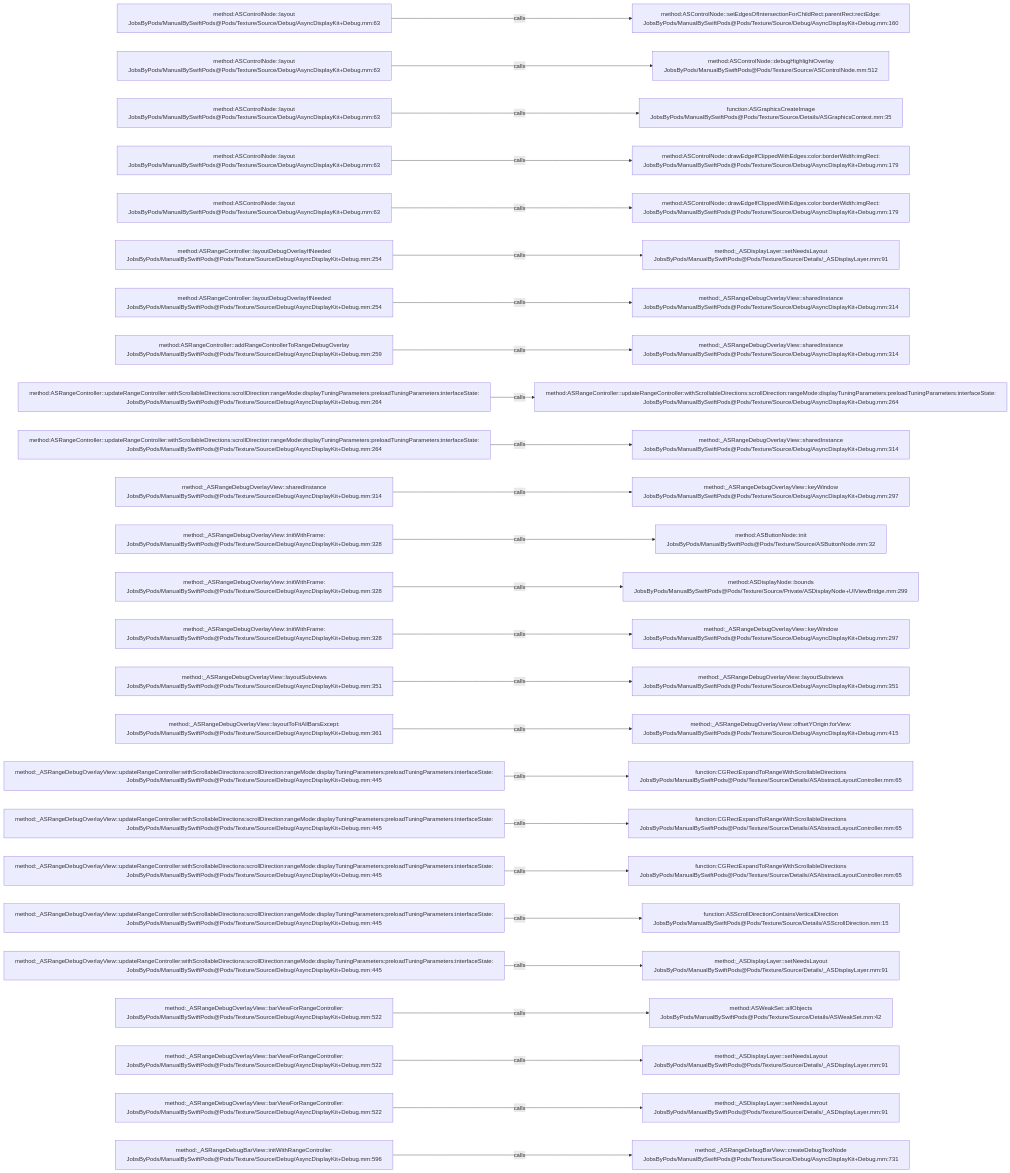
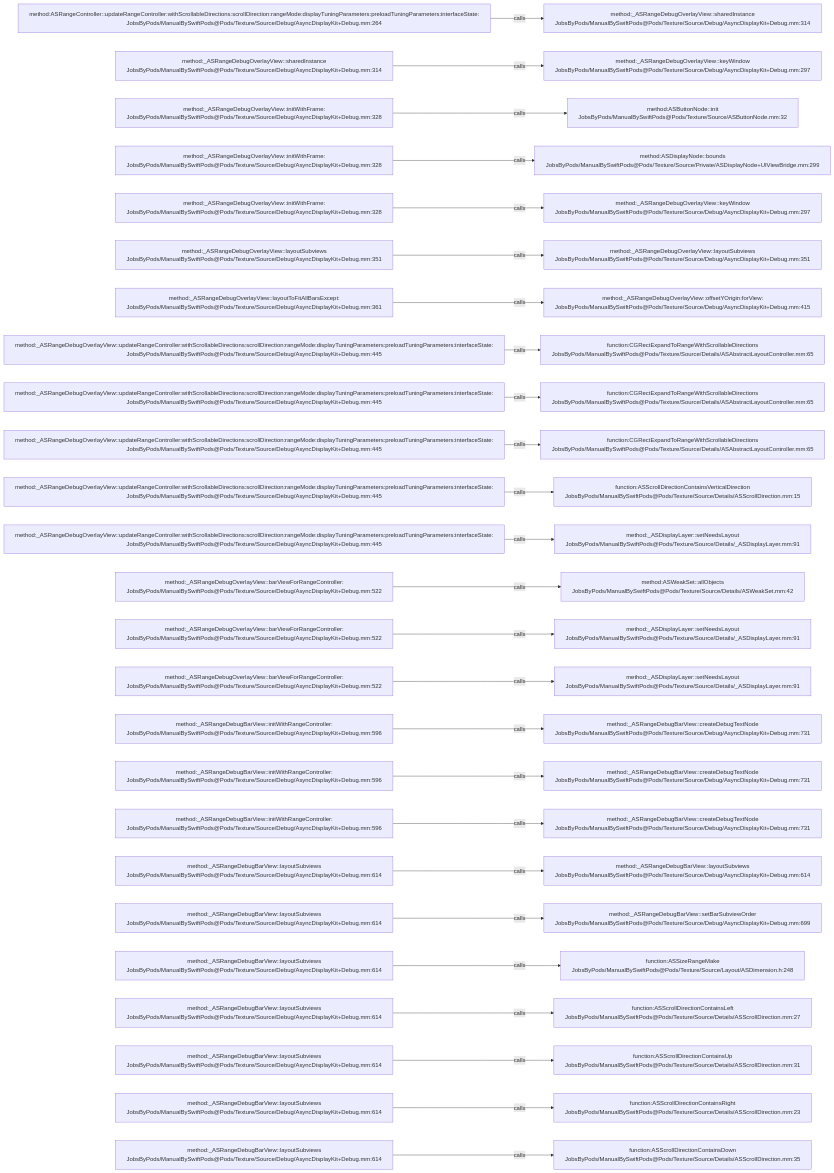
The diagram in .codegraph/codegraph.md/graphs/calls-080.md (JobsKits/JobsSwiftBaseConfigDemo), drawn with Mermaid before and after one commit. The commit also changed 707 other files, not shown here.

````diff
--- a/.codegraph/codegraph.md/graphs/calls-080.md
+++ b/.codegraph/codegraph.md/graphs/calls-080.md
@@ -13,78 +13,78 @@
 ```mermaid
 flowchart LR
-  S1["method:ASControlNode::layout<br/>JobsByPods/ManualBySwiftPods@Pods/Texture/Source/Debug/AsyncDisplayKit+Debug.mm:63"]
-  T1["method:ASControlNode::setEdgesOfIntersectionForChildRect:parentRect:rectEdge:<br/>JobsByPods/ManualBySwiftPods@Pods/Texture/Source/Debug/AsyncDisplayKit+Debug.mm:160"]
+  S1["method:ASRangeController::updateRangeController:withScrollableDirections:scrollDirection:rangeMode:displayTuningParameters:preloadTuningParameters:interfaceState:<br/>JobsByPods/ManualBySwiftPods@Pods/Texture/Source/Debug/AsyncDisplayKit+Debug.mm:264"]
+  T1["method:_ASRangeDebugOverlayView::sharedInstance<br/>JobsByPods/ManualBySwiftPods@Pods/Texture/Source/Debug/AsyncDisplayKit+Debug.mm:314"]
   S1 -->|calls| T1
-  S2["method:ASControlNode::layout<br/>JobsByPods/ManualBySwiftPods@Pods/Texture/Source/Debug/AsyncDisplayKit+Debug.mm:63"]
-  T2["method:ASControlNode::debugHighlightOverlay<br/>JobsByPods/ManualBySwiftPods@Pods/Texture/Source/ASControlNode.mm:512"]
+  S2["method:_ASRangeDebugOverlayView::sharedInstance<br/>JobsByPods/ManualBySwiftPods@Pods/Texture/Source/Debug/AsyncDisplayKit+Debug.mm:314"]
+  T2["method:_ASRangeDebugOverlayView::keyWindow<br/>JobsByPods/ManualBySwiftPods@Pods/Texture/Source/Debug/AsyncDisplayKit+Debug.mm:297"]
   S2 -->|calls| T2
-  S3["method:ASControlNode::layout<br/>JobsByPods/ManualBySwiftPods@Pods/Texture/Source/Debug/AsyncDisplayKit+Debug.mm:63"]
-  T3["function:ASGraphicsCreateImage<br/>JobsByPods/ManualBySwiftPods@Pods/Texture/Source/Details/ASGraphicsContext.mm:35"]
+  S3["method:_ASRangeDebugOverlayView::initWithFrame:<br/>JobsByPods/ManualBySwiftPods@Pods/Texture/Source/Debug/AsyncDisplayKit+Debug.mm:328"]
+  T3["method:ASButtonNode::init<br/>JobsByPods/ManualBySwiftPods@Pods/Texture/Source/ASButtonNode.mm:32"]
   S3 -->|calls| T3
-  S4["method:ASControlNode::layout<br/>JobsByPods/ManualBySwiftPods@Pods/Texture/Source/Debug/AsyncDisplayKit+Debug.mm:63"]
-  T4["method:ASControlNode::drawEdgeIfClippedWithEdges:color:borderWidth:imgRect:<br/>JobsByPods/ManualBySwiftPods@Pods/Texture/Source/Debug/AsyncDisplayKit+Debug.mm:179"]
+  S4["method:_ASRangeDebugOverlayView::initWithFrame:<br/>JobsByPods/ManualBySwiftPods@Pods/Texture/Source/Debug/AsyncDisplayKit+Debug.mm:328"]
+  T4["method:ASDisplayNode::bounds<br/>JobsByPods/ManualBySwiftPods@Pods/Texture/Source/Private/ASDisplayNode+UIViewBridge.mm:299"]
   S4 -->|calls| T4
-  S5["method:ASControlNode::layout<br/>JobsByPods/ManualBySwiftPods@Pods/Texture/Source/Debug/AsyncDisplayKit+Debug.mm:63"]
-  T5["method:ASControlNode::drawEdgeIfClippedWithEdges:color:borderWidth:imgRect:<br/>JobsByPods/ManualBySwiftPods@Pods/Texture/Source/Debug/AsyncDisplayKit+Debug.mm:179"]
+  S5["method:_ASRangeDebugOverlayView::initWithFrame:<br/>JobsByPods/ManualBySwiftPods@Pods/Texture/Source/Debug/AsyncDisplayKit+Debug.mm:328"]
+  T5["method:_ASRangeDebugOverlayView::keyWindow<br/>JobsByPods/ManualBySwiftPods@Pods/Texture/Source/Debug/AsyncDisplayKit+Debug.mm:297"]
   S5 -->|calls| T5
-  S6["method:ASRangeController::layoutDebugOverlayIfNeeded<br/>JobsByPods/ManualBySwiftPods@Pods/Texture/Source/Debug/AsyncDisplayKit+Debug.mm:254"]
-  T6["method:_ASDisplayLayer::setNeedsLayout<br/>JobsByPods/ManualBySwiftPods@Pods/Texture/Source/Details/_ASDisplayLayer.mm:91"]
+  S6["method:_ASRangeDebugOverlayView::layoutSubviews<br/>JobsByPods/ManualBySwiftPods@Pods/Texture/Source/Debug/AsyncDisplayKit+Debug.mm:351"]
+  T6["method:_ASRangeDebugOverlayView::layoutSubviews<br/>JobsByPods/ManualBySwiftPods@Pods/Texture/Source/Debug/AsyncDisplayKit+Debug.mm:351"]
   S6 -->|calls| T6
-  S7["method:ASRangeController::layoutDebugOverlayIfNeeded<br/>JobsByPods/ManualBySwiftPods@Pods/Texture/Source/Debug/AsyncDisplayKit+Debug.mm:254"]
-  T7["method:_ASRangeDebugOverlayView::sharedInstance<br/>JobsByPods/ManualBySwiftPods@Pods/Texture/Source/Debug/AsyncDisplayKit+Debug.mm:314"]
+  S7["method:_ASRangeDebugOverlayView::layoutToFitAllBarsExcept:<br/>JobsByPods/ManualBySwiftPods@Pods/Texture/Source/Debug/AsyncDisplayKit+Debug.mm:361"]
+  T7["method:_ASRangeDebugOverlayView::offsetYOrigin:forView:<br/>JobsByPods/ManualBySwiftPods@Pods/Texture/Source/Debug/AsyncDisplayKit+Debug.mm:415"]
   S7 -->|calls| T7
-  S8["method:ASRangeController::addRangeControllerToRangeDebugOverlay<br/>JobsByPods/ManualBySwiftPods@Pods/Texture/Source/Debug/AsyncDisplayKit+Debug.mm:259"]
-  T8["method:_ASRangeDebugOverlayView::sharedInstance<br/>JobsByPods/ManualBySwiftPods@Pods/Texture/Source/Debug/AsyncDisplayKit+Debug.mm:314"]
+  S8["method:_ASRangeDebugOverlayView::updateRangeController:withScrollableDirections:scrollDirection:rangeMode:displayTuningParameters:preloadTuningParameters:interfaceState:<br/>JobsByPods/ManualBySwiftPods@Pods/Texture/Source/Debug/AsyncDisplayKit+Debug.mm:445"]
+  T8["function:CGRectExpandToRangeWithScrollableDirections<br/>JobsByPods/ManualBySwiftPods@Pods/Texture/Source/Details/ASAbstractLayoutController.mm:65"]
   S8 -->|calls| T8
-  S9["method:ASRangeController::updateRangeController:withScrollableDirections:scrollDirection:rangeMode:displayTuningParameters:preloadTuningParameters:interfaceState:<br/>JobsByPods/ManualBySwiftPods@Pods/Texture/Source/Debug/AsyncDisplayKit+Debug.mm:264"]
-  T9["method:ASRangeController::updateRangeController:withScrollableDirections:scrollDirection:rangeMode:displayTuningParameters:preloadTuningParameters:interfaceState:<br/>JobsByPods/ManualBySwiftPods@Pods/Texture/Source/Debug/AsyncDisplayKit+Debug.mm:264"]
+  S9["method:_ASRangeDebugOverlayView::updateRangeController:withScrollableDirections:scrollDirection:rangeMode:displayTuningParameters:preloadTuningParameters:interfaceState:<br/>JobsByPods/ManualBySwiftPods@Pods/Texture/Source/Debug/AsyncDisplayKit+Debug.mm:445"]
+  T9["function:CGRectExpandToRangeWithScrollableDirections<br/>JobsByPods/ManualBySwiftPods@Pods/Texture/Source/Details/ASAbstractLayoutController.mm:65"]
   S9 -->|calls| T9
-  S10["method:ASRangeController::updateRangeController:withScrollableDirections:scrollDirection:rangeMode:displayTuningParameters:preloadTuningParameters:interfaceState:<br/>JobsByPods/ManualBySwiftPods@Pods/Texture/Source/Debug/AsyncDisplayKit+Debug.mm:264"]
-  T10["method:_ASRangeDebugOverlayView::sharedInstance<br/>JobsByPods/ManualBySwiftPods@Pods/Texture/Source/Debug/AsyncDisplayKit+Debug.mm:314"]
+  S10["method:_ASRangeDebugOverlayView::updateRangeController:withScrollableDirections:scrollDirection:rangeMode:displayTuningParameters:preloadTuningParameters:interfaceState:<br/>JobsByPods/ManualBySwiftPods@Pods/Texture/Source/Debug/AsyncDisplayKit+Debug.mm:445"]
+  T10["function:CGRectExpandToRangeWithScrollableDirections<br/>JobsByPods/ManualBySwiftPods@Pods/Texture/Source/Details/ASAbstractLayoutController.mm:65"]
   S10 -->|calls| T10
-  S11["method:_ASRangeDebugOverlayView::sharedInstance<br/>JobsByPods/ManualBySwiftPods@Pods/Texture/Source/Debug/AsyncDisplayKit+Debug.mm:314"]
-  T11["method:_ASRangeDebugOverlayView::keyWindow<br/>JobsByPods/ManualBySwiftPods@Pods/Texture/Source/Debug/AsyncDisplayKit+Debug.mm:297"]
+  S11["method:_ASRangeDebugOverlayView::updateRangeController:withScrollableDirections:scrollDirection:rangeMode:displayTuningParameters:preloadTuningParameters:interfaceState:<br/>JobsByPods/ManualBySwiftPods@Pods/Texture/Source/Debug/AsyncDisplayKit+Debug.mm:445"]
+  T11["function:ASScrollDirectionContainsVerticalDirection<br/>JobsByPods/ManualBySwiftPods@Pods/Texture/Source/Details/ASScrollDirection.mm:15"]
   S11 -->|calls| T11
-  S12["method:_ASRangeDebugOverlayView::initWithFrame:<br/>JobsByPods/ManualBySwiftPods@Pods/Texture/Source/Debug/AsyncDisplayKit+Debug.mm:328"]
-  T12["method:ASButtonNode::init<br/>JobsByPods/ManualBySwiftPods@Pods/Texture/Source/ASButtonNode.mm:32"]
+  S12["method:_ASRangeDebugOverlayView::updateRangeController:withScrollableDirections:scrollDirection:rangeMode:displayTuningParameters:preloadTuningParameters:interfaceState:<br/>JobsByPods/ManualBySwiftPods@Pods/Texture/Source/Debug/AsyncDisplayKit+Debug.mm:445"]
+  T12["method:_ASDisplayLayer::setNeedsLayout<br/>JobsByPods/ManualBySwiftPods@Pods/Texture/Source/Details/_ASDisplayLayer.mm:91"]
   S12 -->|calls| T12
-  S13["method:_ASRangeDebugOverlayView::initWithFrame:<br/>JobsByPods/ManualBySwiftPods@Pods/Texture/Source/Debug/AsyncDisplayKit+Debug.mm:328"]
-  T13["method:ASDisplayNode::bounds<br/>JobsByPods/ManualBySwiftPods@Pods/Texture/Source/Private/ASDisplayNode+UIViewBridge.mm:299"]
+  S13["method:_ASRangeDebugOverlayView::barViewForRangeController:<br/>JobsByPods/ManualBySwiftPods@Pods/Texture/Source/Debug/AsyncDisplayKit+Debug.mm:522"]
+  T13["method:ASWeakSet::allObjects<br/>JobsByPods/ManualBySwiftPods@Pods/Texture/Source/Details/ASWeakSet.mm:42"]
   S13 -->|calls| T13
-  S14["method:_ASRangeDebugOverlayView::initWithFrame:<br/>JobsByPods/ManualBySwiftPods@Pods/Texture/Source/Debug/AsyncDisplayKit+Debug.mm:328"]
-  T14["method:_ASRangeDebugOverlayView::keyWindow<br/>JobsByPods/ManualBySwiftPods@Pods/Texture/Source/Debug/AsyncDisplayKit+Debug.mm:297"]
+  S14["method:_ASRangeDebugOverlayView::barViewForRangeController:<br/>JobsByPods/ManualBySwiftPods@Pods/Texture/Source/Debug/AsyncDisplayKit+Debug.mm:522"]
+  T14["method:_ASDisplayLayer::setNeedsLayout<br/>JobsByPods/ManualBySwiftPods@Pods/Texture/Source/Details/_ASDisplayLayer.mm:91"]
   S14 -->|calls| T14
-  S15["method:_ASRangeDebugOverlayView::layoutSubviews<br/>JobsByPods/ManualBySwiftPods@Pods/Texture/Source/Debug/AsyncDisplayKit+Debug.mm:351"]
-  T15["method:_ASRangeDebugOverlayView::layoutSubviews<br/>JobsByPods/ManualBySwiftPods@Pods/Texture/Source/Debug/AsyncDisplayKit+Debug.mm:351"]
+  S15["method:_ASRangeDebugOverlayView::barViewForRangeController:<br/>JobsByPods/ManualBySwiftPods@Pods/Texture/Source/Debug/AsyncDisplayKit+Debug.mm:522"]
+  T15["method:_ASDisplayLayer::setNeedsLayout<br/>JobsByPods/ManualBySwiftPods@Pods/Texture/Source/Details/_ASDisplayLayer.mm:91"]
   S15 -->|calls| T15
-  S16["method:_ASRangeDebugOverlayView::layoutToFitAllBarsExcept:<br/>JobsByPods/ManualBySwiftPods@Pods/Texture/Source/Debug/AsyncDisplayKit+Debug.mm:361"]
-  T16["method:_ASRangeDebugOverlayView::offsetYOrigin:forView:<br/>JobsByPods/ManualBySwiftPods@Pods/Texture/Source/Debug/AsyncDisplayKit+Debug.mm:415"]
+  S16["method:_ASRangeDebugBarView::initWithRangeController:<br/>JobsByPods/ManualBySwiftPods@Pods/Texture/Source/Debug/AsyncDisplayKit+Debug.mm:596"]
+  T16["method:_ASRangeDebugBarView::createDebugTextNode<br/>JobsByPods/ManualBySwiftPods@Pods/Texture/Source/Debug/AsyncDisplayKit+Debug.mm:731"]
   S16 -->|calls| T16
-  S17["method:_ASRangeDebugOverlayView::updateRangeController:withScrollableDirections:scrollDirection:rangeMode:displayTuningParameters:preloadTuningParameters:interfaceState:<br/>JobsByPods/ManualBySwiftPods@Pods/Texture/Source/Debug/AsyncDisplayKit+Debug.mm:445"]
-  T17["function:CGRectExpandToRangeWithScrollableDirections<br/>JobsByPods/ManualBySwiftPods@Pods/Texture/Source/Details/ASAbstractLayoutController.mm:65"]
+  S17["method:_ASRangeDebugBarView::initWithRangeController:<br/>JobsByPods/ManualBySwiftPods@Pods/Texture/Source/Debug/AsyncDisplayKit+Debug.mm:596"]
+  T17["method:_ASRangeDebugBarView::createDebugTextNode<br/>JobsByPods/ManualBySwiftPods@Pods/Texture/Source/Debug/AsyncDisplayKit+Debug.mm:731"]
   S17 -->|calls| T17
-  S18["method:_ASRangeDebugOverlayView::updateRangeController:withScrollableDirections:scrollDirection:rangeMode:displayTuningParameters:preloadTuningParameters:interfaceState:<br/>JobsByPods/ManualBySwiftPods@Pods/Texture/Source/Debug/AsyncDisplayKit+Debug.mm:445"]
-  T18["function:CGRectExpandToRangeWithScrollableDirections<br/>JobsByPods/ManualBySwiftPods@Pods/Texture/Source/Details/ASAbstractLayoutController.mm:65"]
+  S18["method:_ASRangeDebugBarView::initWithRangeController:<br/>JobsByPods/ManualBySwiftPods@Pods/Texture/Source/Debug/AsyncDisplayKit+Debug.mm:596"]
+  T18["method:_ASRangeDebugBarView::createDebugTextNode<br/>JobsByPods/ManualBySwiftPods@Pods/Texture/Source/Debug/AsyncDisplayKit+Debug.mm:731"]
   S18 -->|calls| T18
-  S19["method:_ASRangeDebugOverlayView::updateRangeController:withScrollableDirections:scrollDirection:rangeMode:displayTuningParameters:preloadTuningParameters:interfaceState:<br/>JobsByPods/ManualBySwiftPods@Pods/Texture/Source/Debug/AsyncDisplayKit+Debug.mm:445"]
-  T19["function:CGRectExpandToRangeWithScrollableDirections<br/>JobsByPods/ManualBySwiftPods@Pods/Texture/Source/Details/ASAbstractLayoutController.mm:65"]
+  S19["method:_ASRangeDebugBarView::layoutSubviews<br/>JobsByPods/ManualBySwiftPods@Pods/Texture/Source/Debug/AsyncDisplayKit+Debug.mm:614"]
+  T19["method:_ASRangeDebugBarView::layoutSubviews<br/>JobsByPods/ManualBySwiftPods@Pods/Texture/Source/Debug/AsyncDisplayKit+Debug.mm:614"]
   S19 -->|calls| T19
-  S20["method:_ASRangeDebugOverlayView::updateRangeController:withScrollableDirections:scrollDirection:rangeMode:displayTuningParameters:preloadTuningParameters:interfaceState:<br/>JobsByPods/ManualBySwiftPods@Pods/Texture/Source/Debug/AsyncDisplayKit+Debug.mm:445"]
-  T20["function:ASScrollDirectionContainsVerticalDirection<br/>JobsByPods/ManualBySwiftPods@Pods/Texture/Source/Details/ASScrollDirection.mm:15"]
+  S20["method:_ASRangeDebugBarView::layoutSubviews<br/>JobsByPods/ManualBySwiftPods@Pods/Texture/Source/Debug/AsyncDisplayKit+Debug.mm:614"]
+  T20["method:_ASRangeDebugBarView::setBarSubviewOrder<br/>JobsByPods/ManualBySwiftPods@Pods/Texture/Source/Debug/AsyncDisplayKit+Debug.mm:699"]
   S20 -->|calls| T20
-  S21["method:_ASRangeDebugOverlayView::updateRangeController:withScrollableDirections:scrollDirection:rangeMode:displayTuningParameters:preloadTuningParameters:interfaceState:<br/>JobsByPods/ManualBySwiftPods@Pods/Texture/Source/Debug/AsyncDisplayKit+Debug.mm:445"]
-  T21["method:_ASDisplayLayer::setNeedsLayout<br/>JobsByPods/ManualBySwiftPods@Pods/Texture/Source/Details/_ASDisplayLayer.mm:91"]
+  S21["method:_ASRangeDebugBarView::layoutSubviews<br/>JobsByPods/ManualBySwiftPods@Pods/Texture/Source/Debug/AsyncDisplayKit+Debug.mm:614"]
+  T21["function:ASSizeRangeMake<br/>JobsByPods/ManualBySwiftPods@Pods/Texture/Source/Layout/ASDimension.h:248"]
   S21 -->|calls| T21
-  S22["method:_ASRangeDebugOverlayView::barViewForRangeController:<br/>JobsByPods/ManualBySwiftPods@Pods/Texture/Source/Debug/AsyncDisplayKit+Debug.mm:522"]
-  T22["method:ASWeakSet::allObjects<br/>JobsByPods/ManualBySwiftPods@Pods/Texture/Source/Details/ASWeakSet.mm:42"]
+  S22["method:_ASRangeDebugBarView::layoutSubviews<br/>JobsByPods/ManualBySwiftPods@Pods/Texture/Source/Debug/AsyncDisplayKit+Debug.mm:614"]
+  T22["function:ASScrollDirectionContainsLeft<br/>JobsByPods/ManualBySwiftPods@Pods/Texture/Source/Details/ASScrollDirection.mm:27"]
   S22 -->|calls| T22
-  S23["method:_ASRangeDebugOverlayView::barViewForRangeController:<br/>JobsByPods/ManualBySwiftPods@Pods/Texture/Source/Debug/AsyncDisplayKit+Debug.mm:522"]
-  T23["method:_ASDisplayLayer::setNeedsLayout<br/>JobsByPods/ManualBySwiftPods@Pods/Texture/Source/Details/_ASDisplayLayer.mm:91"]
+  S23["method:_ASRangeDebugBarView::layoutSubviews<br/>JobsByPods/ManualBySwiftPods@Pods/Texture/Source/Debug/AsyncDisplayKit+Debug.mm:614"]
+  T23["function:ASScrollDirectionContainsUp<br/>JobsByPods/ManualBySwiftPods@Pods/Texture/Source/Details/ASScrollDirection.mm:31"]
   S23 -->|calls| T23
-  S24["method:_ASRangeDebugOverlayView::barViewForRangeController:<br/>JobsByPods/ManualBySwiftPods@Pods/Texture/Source/Debug/AsyncDisplayKit+Debug.mm:522"]
-  T24["method:_ASDisplayLayer::setNeedsLayout<br/>JobsByPods/ManualBySwiftPods@Pods/Texture/Source/Details/_ASDisplayLayer.mm:91"]
+  S24["method:_ASRangeDebugBarView::layoutSubviews<br/>JobsByPods/ManualBySwiftPods@Pods/Texture/Source/Debug/AsyncDisplayKit+Debug.mm:614"]
+  T24["function:ASScrollDirectionContainsRight<br/>JobsByPods/ManualBySwiftPods@Pods/Texture/Source/Details/ASScrollDirection.mm:23"]
   S24 -->|calls| T24
-  S25["method:_ASRangeDebugBarView::initWithRangeController:<br/>JobsByPods/ManualBySwiftPods@Pods/Texture/Source/Debug/AsyncDisplayKit+Debug.mm:596"]
-  T25["method:_ASRangeDebugBarView::createDebugTextNode<br/>JobsByPods/ManualBySwiftPods@Pods/Texture/Source/Debug/AsyncDisplayKit+Debug.mm:731"]
+  S25["method:_ASRangeDebugBarView::layoutSubviews<br/>JobsByPods/ManualBySwiftPods@Pods/Texture/Source/Debug/AsyncDisplayKit+Debug.mm:614"]
+  T25["function:ASScrollDirectionContainsDown<br/>JobsByPods/ManualBySwiftPods@Pods/Texture/Source/Details/ASScrollDirection.mm:35"]
   S25 -->|calls| T25
 ```
````
